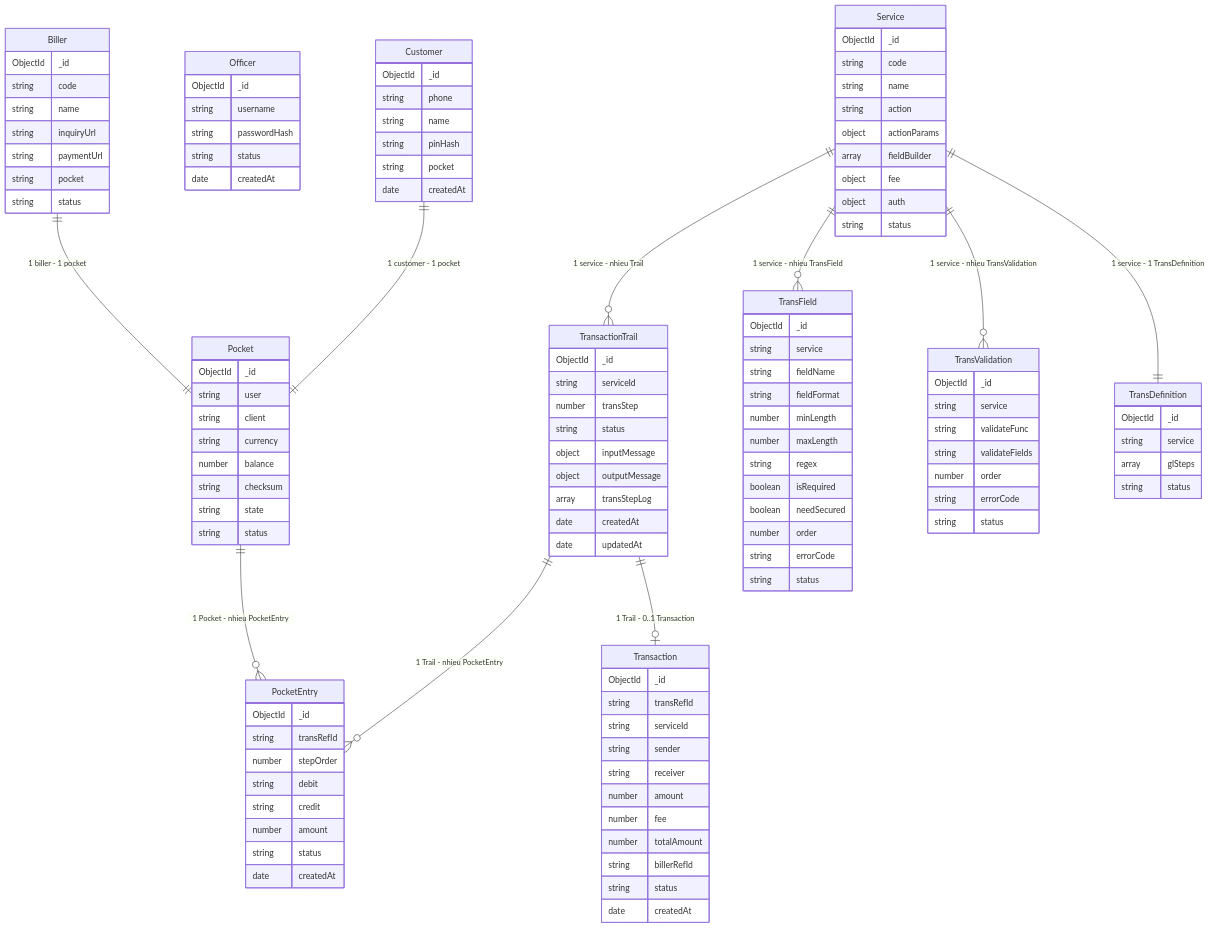
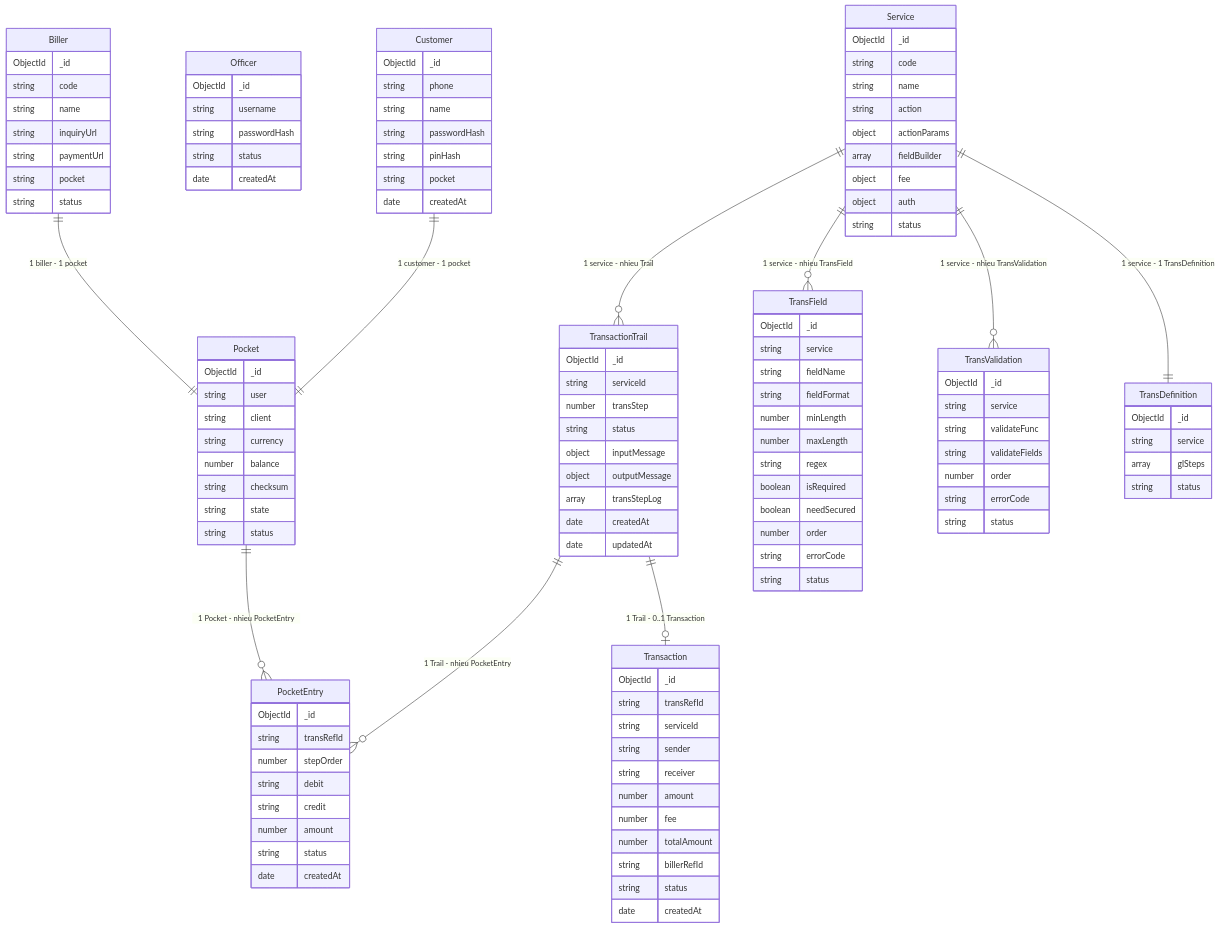
One commit to notvux00/mini-wallet changed the diagram in docs/model/erd and data dictionary.md. Above: the diagram before and after it, drawn with Mermaid. The commit also changed other lines of this file and 21 other files, not shown here.

Commit message:
update erd and UI

```diff
--- a/docs/model/erd and data dictionary.md
+++ b/docs/model/erd and data dictionary.md
@@ -45,6 +45,7 @@
     ObjectId _id
     string   phone
     string   name
+    string   passwordHash
     string   pinHash
     string   pocket
     date     createdAt
```
